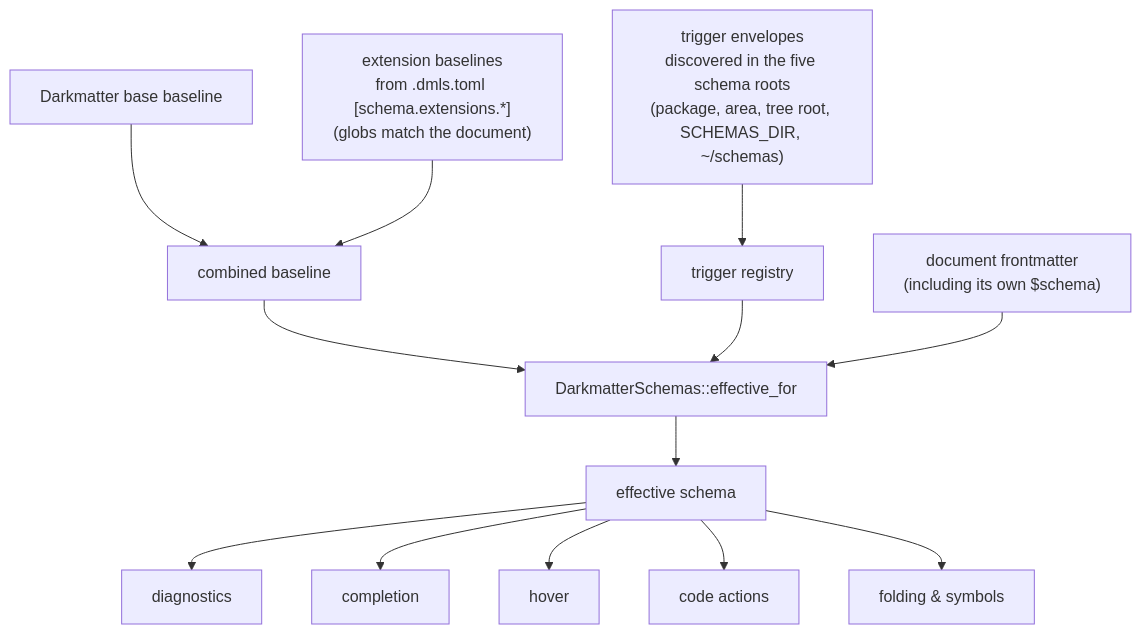
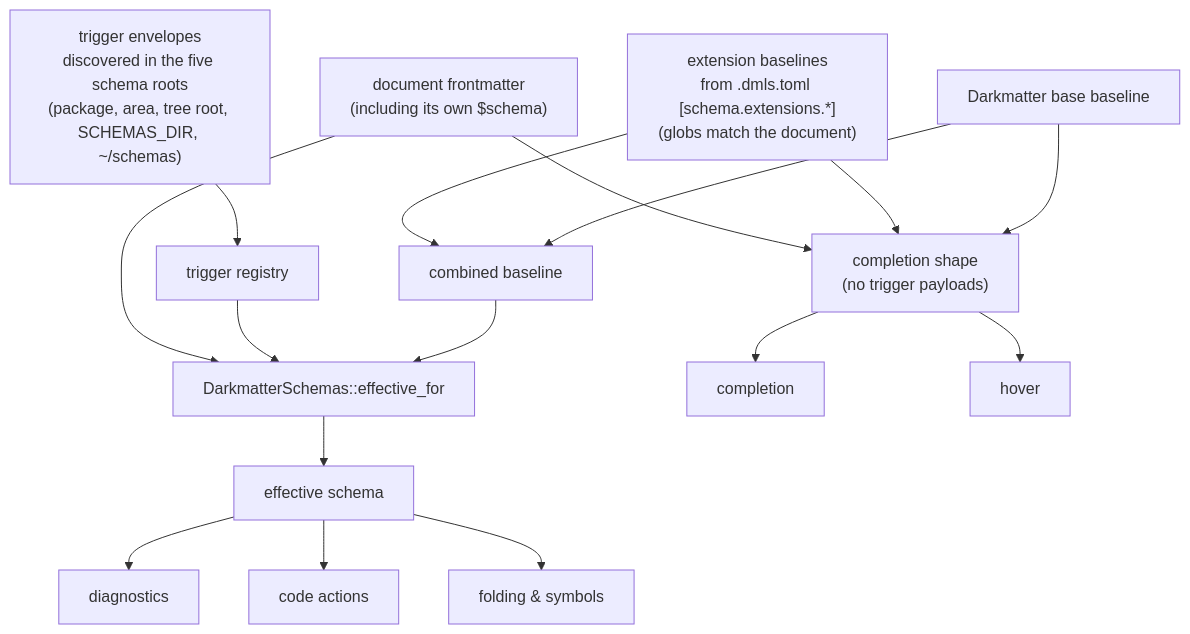
Before and after one commit to yankeeinlondon/rusty-biscuit: the diagram in darkmatter/docs/topics/schemas/dmls-schema-support.md, drawn with Mermaid. The commit also changed other lines of this file and 18 other files, not shown here.

First line of the commit message:
refactor(darkmatter): read claudine schemas from claudine/schemas

````diff
--- a/darkmatter/docs/topics/schemas/dmls-schema-support.md
+++ b/darkmatter/docs/topics/schemas/dmls-schema-support.md
@@ -53,15 +53,18 @@
 ```mermaid
 flowchart TD
     BASE["Darkmatter base baseline"] --> MERGE["combined baseline"]
     EXT["extension baselines<br/>from .dmls.toml [schema.extensions.*]<br/>(globs match the document)"] --> MERGE
     TRIG["trigger envelopes<br/>discovered in the five schema roots<br/>(package, area, tree root, SCHEMAS_DIR, ~/schemas)"] --> REGISTRY["trigger registry"]
     MERGE --> ENGINE["DarkmatterSchemas::effective_for"]
     REGISTRY --> ENGINE
     DOC["document frontmatter<br/>(including its own $schema)"] --> ENGINE
     ENGINE --> EFFECTIVE["effective schema"]
     EFFECTIVE --> DIAG["diagnostics"]
-    EFFECTIVE --> COMP["completion"]
-    EFFECTIVE --> HOV["hover"]
     EFFECTIVE --> ACTION["code actions"]
     EFFECTIVE --> FOLD["folding & symbols"]
+    BASE --> SHAPE["completion shape<br/>(no trigger payloads)"]
+    EXT --> SHAPE
+    DOC --> SHAPE
+    SHAPE --> COMP["completion"]
+    SHAPE --> HOV["hover"]
 ```
````
